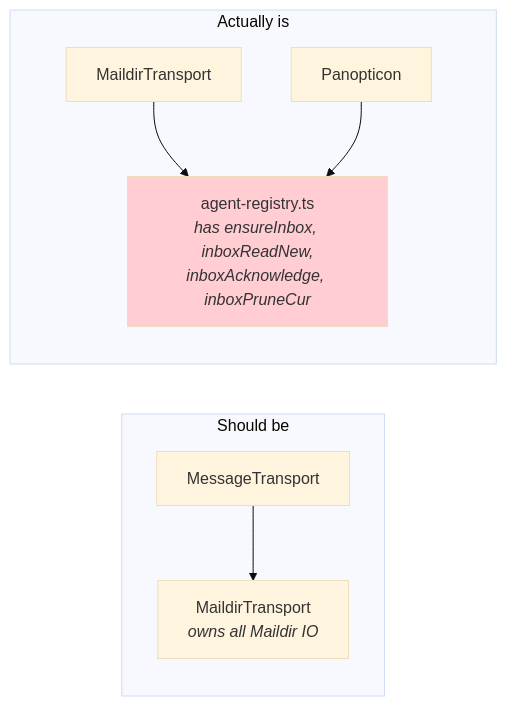
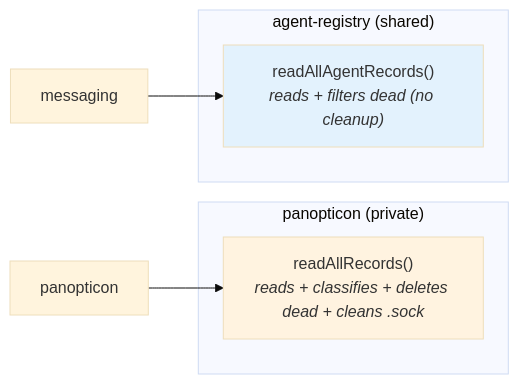
The third of 5 diagrams in docs/ARCHITECTURE-REVIEW.md (tS7hKamAYL84j91/pi-tools-and-skills), drawn with Mermaid (base theme) before and after one commit. The commit also changed other lines of this file and 7 other files, not shown here.

First line of the commit message:
refactor(extensions): resolve abstraction bleeds across panopticon/messaging/transport

````diff
--- a/docs/ARCHITECTURE-REVIEW.md
+++ b/docs/ARCHITECTURE-REVIEW.md
@@ -167,14 +155,13 @@
 ```mermaid
 graph LR
-    subgraph "Should be"
-        MT2["MessageTransport"] --> MD2["MaildirTransport<br/><i>owns all Maildir IO</i>"]
+    subgraph "panopticon (private)"
+        RAR1["readAllRecords()<br/><i>reads + classifies + deletes dead + cleans .sock</i>"]
     end
-
-    subgraph "Actually is"
-        AR2["agent-registry.ts<br/><i>has ensureInbox, inboxReadNew,<br/>inboxAcknowledge, inboxPruneCur</i>"]
-        MD3["MaildirTransport"] --> AR2
-        PAN2["Panopticon"] --> AR2
+    subgraph "agent-registry (shared)"
+        RAR2["readAllAgentRecords()<br/><i>reads + filters dead (no cleanup)</i>"]
     end
-
-    style AR2 fill:#ffcdd2
+    MSG["messaging"] --> RAR2
+    PAN["panopticon"] --> RAR1
+    style RAR1 fill:#fff3e0
+    style RAR2 fill:#e3f2fd
 ```
````
